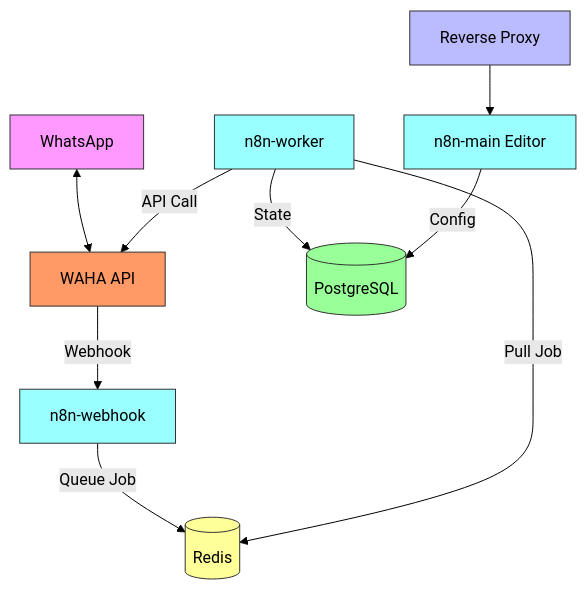
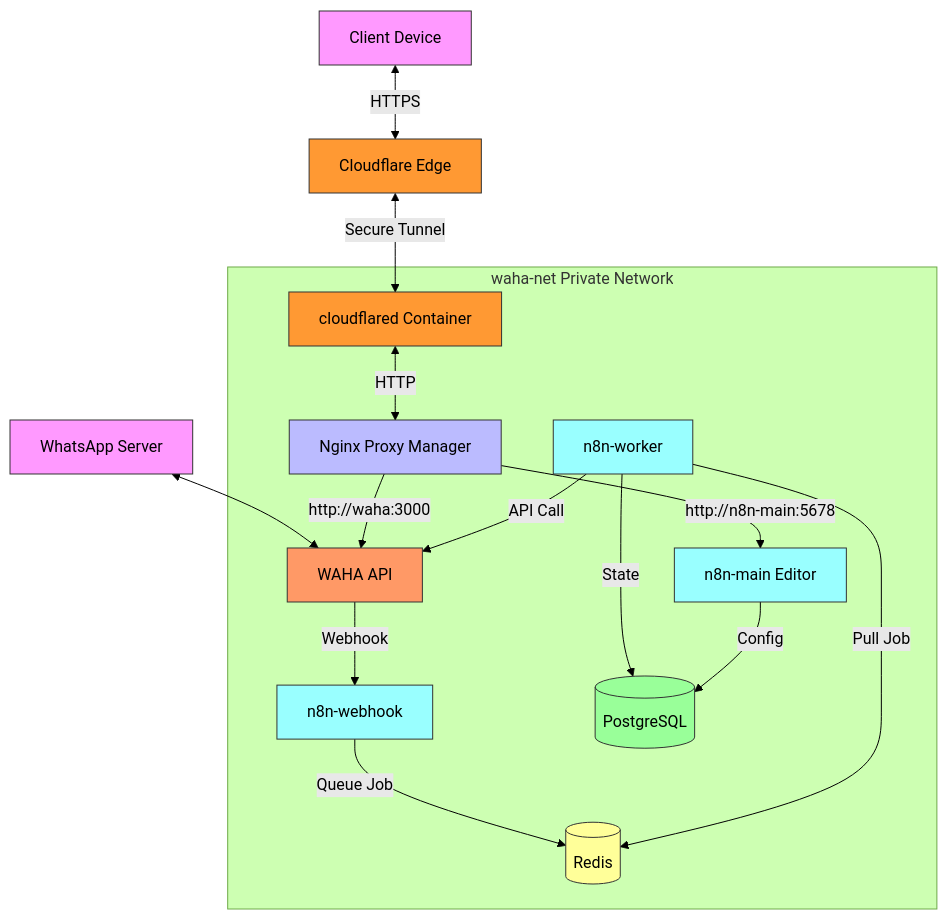
Before and after one commit to yakuyakuku/quartz4site: the first of 2 diagrams in content/Novel/private/WAHA n8n.md, drawn with Mermaid (forest theme). The commit also changed other lines of this file and 1 other file, not shown here.

````diff
--- a/content/Novel/private/WAHA n8n.md
+++ b/content/Novel/private/WAHA n8n.md
@@ -31,20 +31,29 @@
 ```mermaid
 graph TD
     %% Styling
     classDef ext fill:#f9f,stroke:#333,stroke-width:1px;
-    classDef proxy fill:#bbf,stroke:#333,stroke-width:1px;
+    classDef cf fill:#f93,stroke:#333,stroke-width:1px;
+    classDef npm fill:#bbf,stroke:#333,stroke-width:1px;
     classDef waha fill:#f96,stroke:#333,stroke-width:1px;
     classDef db fill:#9f9,stroke:#333,stroke-width:1px;
     classDef redis fill:#ff9,stroke:#333,stroke-width:1px;
     classDef n8n fill:#9ff,stroke:#333,stroke-width:1px;
 
     %% Nodes & Flow
-    Proxy[Reverse Proxy]:::proxy --> Main[n8n-main Editor]:::n8n
-    WA[WhatsApp]:::ext <--> WAHA[WAHA API]:::waha
-    WAHA -->|Webhook| WH[n8n-webhook]:::n8n
-    WH -->|Queue Job| Redis[(Redis)]:::redis
-    Worker[n8n-worker]:::n8n -->|Pull Job| Redis
-    Worker -->|API Call| WAHA
-    Worker -->|State| DB[(PostgreSQL)]:::db
-    Main -->|Config| DB
+    WA[WhatsApp Server]:::ext <--> WAHA[WAHA API]:::waha
+    User[Client Device]:::ext <-->|HTTPS| CFEdge[Cloudflare Edge]:::cf
+    CFEdge <-->|Secure Tunnel| CFTunnel[cloudflared Container]:::cf
+    
+    subgraph waha-net [waha-net Private Network]
+        CFTunnel <-->|HTTP| NPM[Nginx Proxy Manager]:::npm
+        NPM -->|http://n8n-main:5678| Main[n8n-main Editor]:::n8n
+        NPM -->|http://waha:3000| WAHA
+        
+        WAHA -->|Webhook| WH[n8n-webhook]:::n8n
+        WH -->|Queue Job| Redis[(Redis)]:::redis
+        Worker[n8n-worker]:::n8n -->|Pull Job| Redis
+        Worker -->|API Call| WAHA
+        Worker -->|State| DB[(PostgreSQL)]:::db
+        Main -->|Config| DB
+    end
 ```
````
